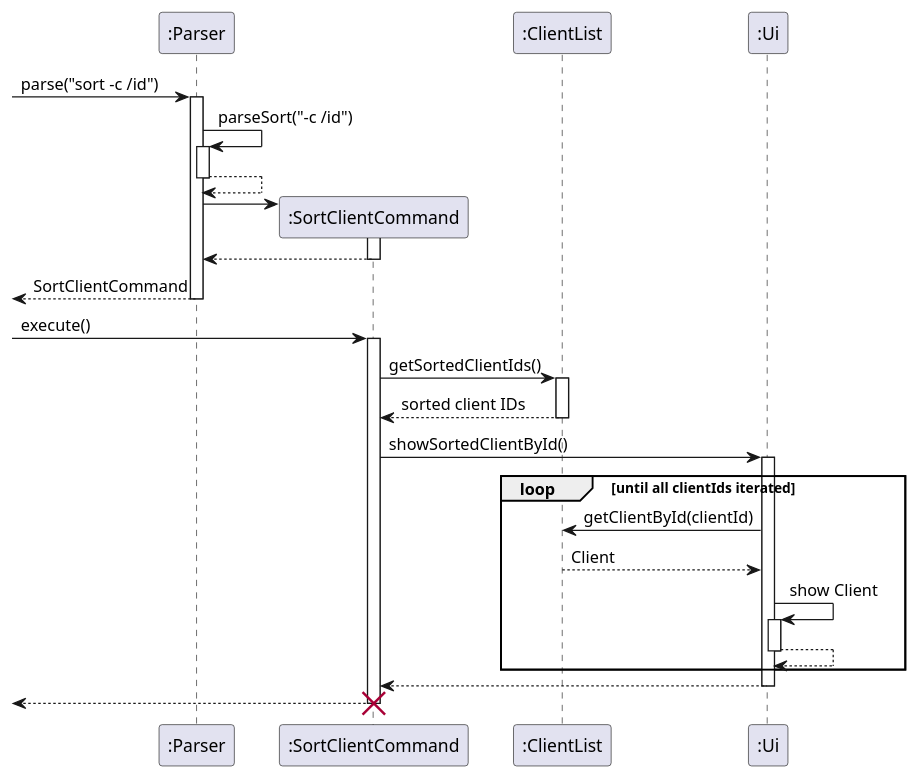
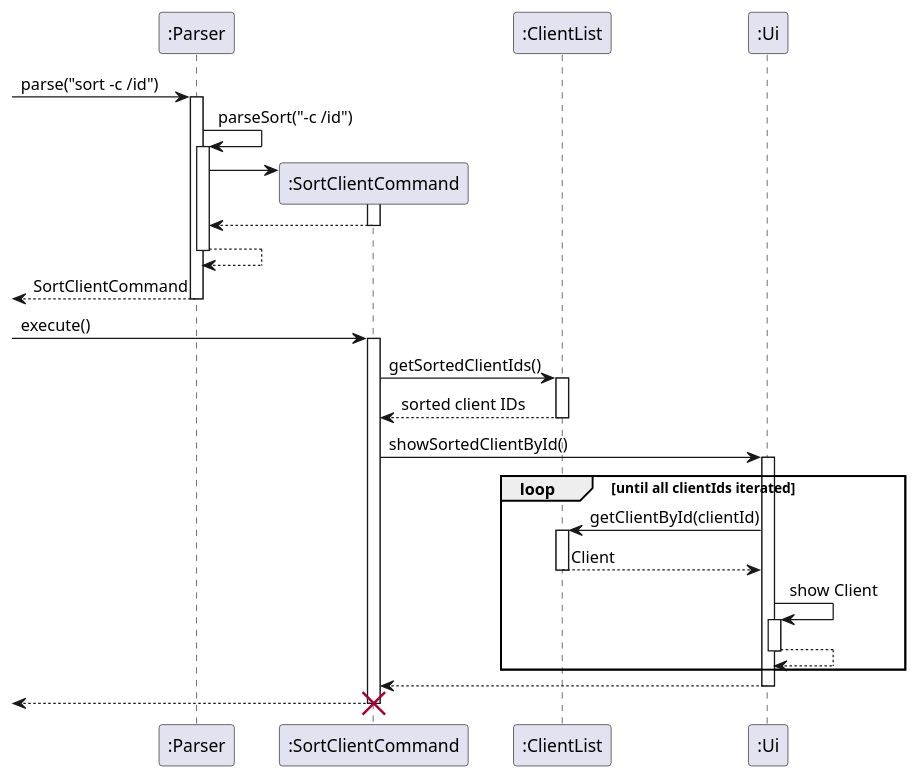
One commit to nus-cs2113-AY2122S1/tp changed the diagram in src/main/java/seedu/uml/SortClientCommand.puml. Above: the diagram before and after it, drawn with PlantUML. The commit also changed 13 other files, not shown here.

Commit message:
Fix DG UML diagram bugs, refactor magic Strings in test for cut commands

```diff
--- a/src/main/java/seedu/uml/SortClientCommand.puml
+++ b/src/main/java/seedu/uml/SortClientCommand.puml
@@ -1,49 +1,52 @@
 @startuml
 
 participant ":Parser" as Parser
 participant ":SortClientCommand" as SCC
 participant ":ClientList" as ClientList
 participant ":Ui" as Ui
 
 -> Parser: parse("sort -c /id")
 activate Parser
 Parser -> Parser : parseSort("-c /id")
 activate Parser
-Parser --> Parser
-deactivate Parser
 
 create SCC
 Parser -> SCC
 activate SCC
 SCC --> Parser
 deactivate SCC
+Parser --> Parser
+deactivate Parser
+
 <-- Parser: SortClientCommand
 deactivate Parser
 
 -> SCC: execute()
 activate SCC
 
 SCC -> ClientList : getSortedClientIds()
 activate ClientList
 ClientList --> SCC : sorted client IDs
 deactivate ClientList
 
 
 SCC -> Ui : showSortedClientById()
 activate Ui
 loop until all clientIds iterated
     Ui -> ClientList : getClientById(clientId)
+    activate ClientList
     ClientList --> Ui: Client
+    deactivate ClientList
     Ui -> Ui: show Client
     activate Ui
     Ui --> Ui
     deactivate Ui
 end
 Ui --> SCC
 deactivate Ui
 
 <-- SCC
 deactivate SCC
 
 destroy SCC
 @enduml
```
